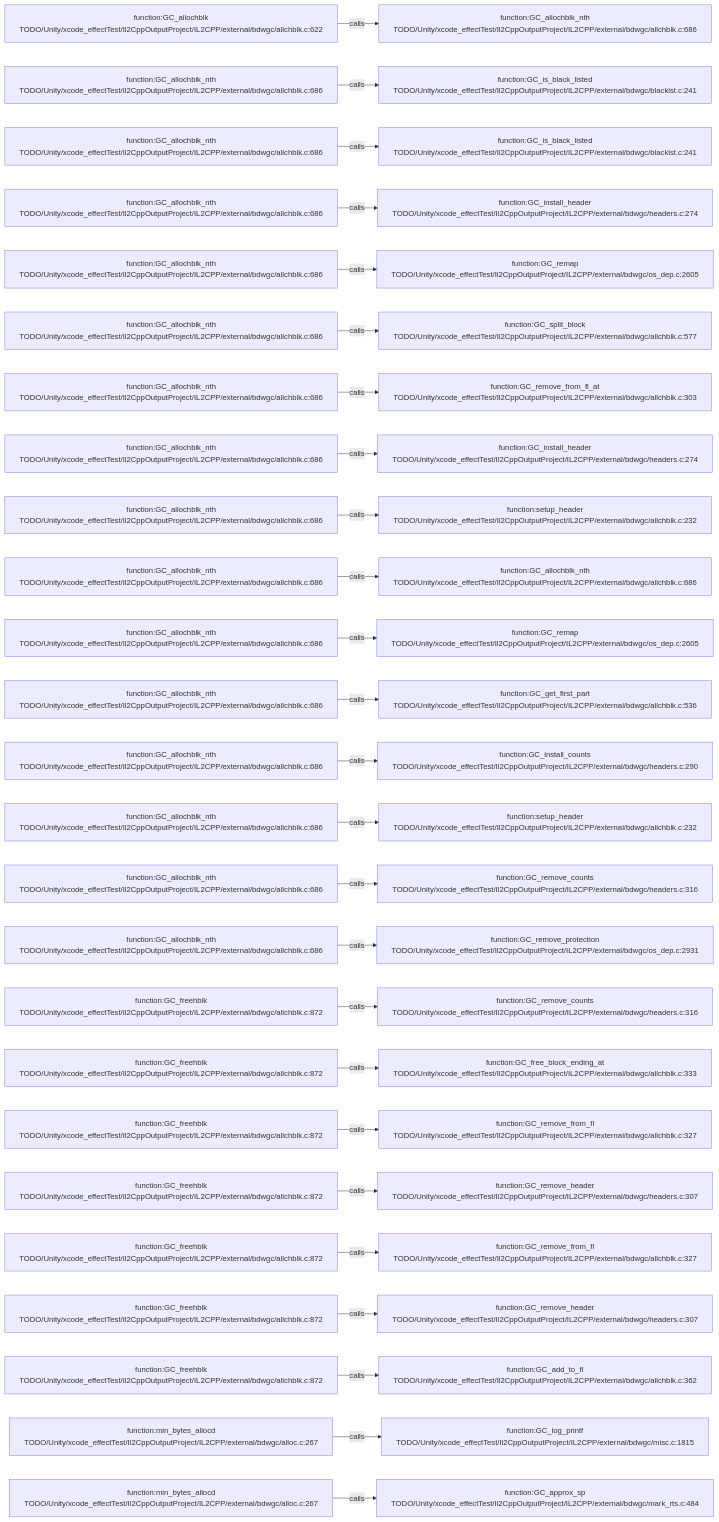
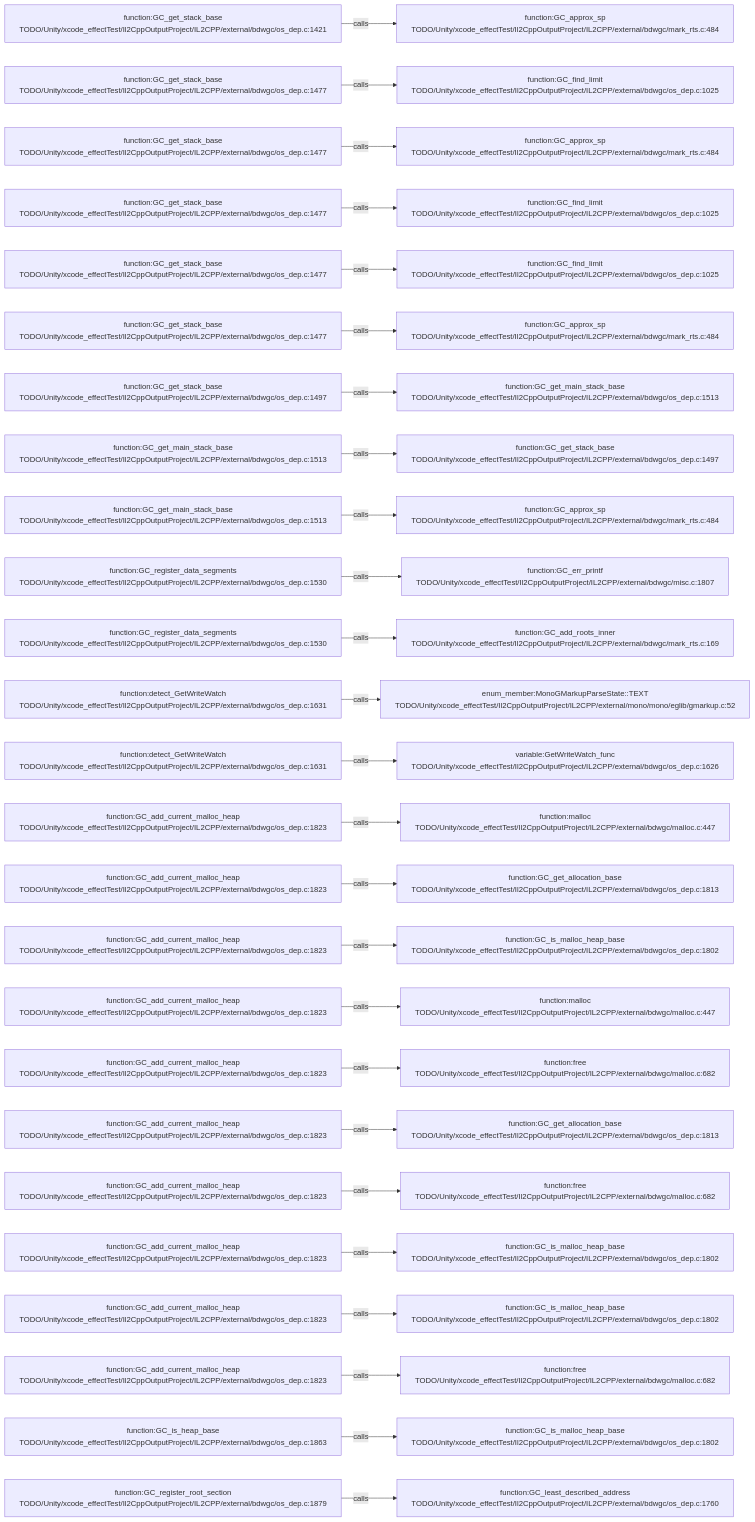
The diagram in .codegraph/codegraph.md/graphs/calls-143.md (JobsKits/JobsSwiftBaseConfigDemo), drawn with Mermaid before and after one commit. The commit also changed 227 other files, not shown here.

````diff
--- a/.codegraph/codegraph.md/graphs/calls-143.md
+++ b/.codegraph/codegraph.md/graphs/calls-143.md
@@ -13,78 +13,78 @@
 ```mermaid
 flowchart LR
-  S1["function:GC_allochblk<br/>TODO/Unity/xcode_effectTest/Il2CppOutputProject/IL2CPP/external/bdwgc/allchblk.c:622"]
-  T1["function:GC_allochblk_nth<br/>TODO/Unity/xcode_effectTest/Il2CppOutputProject/IL2CPP/external/bdwgc/allchblk.c:686"]
+  S1["function:GC_get_stack_base<br/>TODO/Unity/xcode_effectTest/Il2CppOutputProject/IL2CPP/external/bdwgc/os_dep.c:1421"]
+  T1["function:GC_approx_sp<br/>TODO/Unity/xcode_effectTest/Il2CppOutputProject/IL2CPP/external/bdwgc/mark_rts.c:484"]
   S1 -->|calls| T1
-  S2["function:GC_allochblk_nth<br/>TODO/Unity/xcode_effectTest/Il2CppOutputProject/IL2CPP/external/bdwgc/allchblk.c:686"]
-  T2["function:GC_is_black_listed<br/>TODO/Unity/xcode_effectTest/Il2CppOutputProject/IL2CPP/external/bdwgc/blacklst.c:241"]
+  S2["function:GC_get_stack_base<br/>TODO/Unity/xcode_effectTest/Il2CppOutputProject/IL2CPP/external/bdwgc/os_dep.c:1477"]
+  T2["function:GC_find_limit<br/>TODO/Unity/xcode_effectTest/Il2CppOutputProject/IL2CPP/external/bdwgc/os_dep.c:1025"]
   S2 -->|calls| T2
-  S3["function:GC_allochblk_nth<br/>TODO/Unity/xcode_effectTest/Il2CppOutputProject/IL2CPP/external/bdwgc/allchblk.c:686"]
-  T3["function:GC_is_black_listed<br/>TODO/Unity/xcode_effectTest/Il2CppOutputProject/IL2CPP/external/bdwgc/blacklst.c:241"]
+  S3["function:GC_get_stack_base<br/>TODO/Unity/xcode_effectTest/Il2CppOutputProject/IL2CPP/external/bdwgc/os_dep.c:1477"]
+  T3["function:GC_approx_sp<br/>TODO/Unity/xcode_effectTest/Il2CppOutputProject/IL2CPP/external/bdwgc/mark_rts.c:484"]
   S3 -->|calls| T3
-  S4["function:GC_allochblk_nth<br/>TODO/Unity/xcode_effectTest/Il2CppOutputProject/IL2CPP/external/bdwgc/allchblk.c:686"]
-  T4["function:GC_install_header<br/>TODO/Unity/xcode_effectTest/Il2CppOutputProject/IL2CPP/external/bdwgc/headers.c:274"]
+  S4["function:GC_get_stack_base<br/>TODO/Unity/xcode_effectTest/Il2CppOutputProject/IL2CPP/external/bdwgc/os_dep.c:1477"]
+  T4["function:GC_find_limit<br/>TODO/Unity/xcode_effectTest/Il2CppOutputProject/IL2CPP/external/bdwgc/os_dep.c:1025"]
   S4 -->|calls| T4
-  S5["function:GC_allochblk_nth<br/>TODO/Unity/xcode_effectTest/Il2CppOutputProject/IL2CPP/external/bdwgc/allchblk.c:686"]
-  T5["function:GC_remap<br/>TODO/Unity/xcode_effectTest/Il2CppOutputProject/IL2CPP/external/bdwgc/os_dep.c:2605"]
+  S5["function:GC_get_stack_base<br/>TODO/Unity/xcode_effectTest/Il2CppOutputProject/IL2CPP/external/bdwgc/os_dep.c:1477"]
+  T5["function:GC_find_limit<br/>TODO/Unity/xcode_effectTest/Il2CppOutputProject/IL2CPP/external/bdwgc/os_dep.c:1025"]
   S5 -->|calls| T5
-  S6["function:GC_allochblk_nth<br/>TODO/Unity/xcode_effectTest/Il2CppOutputProject/IL2CPP/external/bdwgc/allchblk.c:686"]
-  T6["function:GC_split_block<br/>TODO/Unity/xcode_effectTest/Il2CppOutputProject/IL2CPP/external/bdwgc/allchblk.c:577"]
+  S6["function:GC_get_stack_base<br/>TODO/Unity/xcode_effectTest/Il2CppOutputProject/IL2CPP/external/bdwgc/os_dep.c:1477"]
+  T6["function:GC_approx_sp<br/>TODO/Unity/xcode_effectTest/Il2CppOutputProject/IL2CPP/external/bdwgc/mark_rts.c:484"]
   S6 -->|calls| T6
-  S7["function:GC_allochblk_nth<br/>TODO/Unity/xcode_effectTest/Il2CppOutputProject/IL2CPP/external/bdwgc/allchblk.c:686"]
-  T7["function:GC_remove_from_fl_at<br/>TODO/Unity/xcode_effectTest/Il2CppOutputProject/IL2CPP/external/bdwgc/allchblk.c:303"]
+  S7["function:GC_get_stack_base<br/>TODO/Unity/xcode_effectTest/Il2CppOutputProject/IL2CPP/external/bdwgc/os_dep.c:1497"]
+  T7["function:GC_get_main_stack_base<br/>TODO/Unity/xcode_effectTest/Il2CppOutputProject/IL2CPP/external/bdwgc/os_dep.c:1513"]
   S7 -->|calls| T7
-  S8["function:GC_allochblk_nth<br/>TODO/Unity/xcode_effectTest/Il2CppOutputProject/IL2CPP/external/bdwgc/allchblk.c:686"]
-  T8["function:GC_install_header<br/>TODO/Unity/xcode_effectTest/Il2CppOutputProject/IL2CPP/external/bdwgc/headers.c:274"]
+  S8["function:GC_get_main_stack_base<br/>TODO/Unity/xcode_effectTest/Il2CppOutputProject/IL2CPP/external/bdwgc/os_dep.c:1513"]
+  T8["function:GC_get_stack_base<br/>TODO/Unity/xcode_effectTest/Il2CppOutputProject/IL2CPP/external/bdwgc/os_dep.c:1497"]
   S8 -->|calls| T8
-  S9["function:GC_allochblk_nth<br/>TODO/Unity/xcode_effectTest/Il2CppOutputProject/IL2CPP/external/bdwgc/allchblk.c:686"]
-  T9["function:setup_header<br/>TODO/Unity/xcode_effectTest/Il2CppOutputProject/IL2CPP/external/bdwgc/allchblk.c:232"]
+  S9["function:GC_get_main_stack_base<br/>TODO/Unity/xcode_effectTest/Il2CppOutputProject/IL2CPP/external/bdwgc/os_dep.c:1513"]
+  T9["function:GC_approx_sp<br/>TODO/Unity/xcode_effectTest/Il2CppOutputProject/IL2CPP/external/bdwgc/mark_rts.c:484"]
   S9 -->|calls| T9
-  S10["function:GC_allochblk_nth<br/>TODO/Unity/xcode_effectTest/Il2CppOutputProject/IL2CPP/external/bdwgc/allchblk.c:686"]
-  T10["function:GC_allochblk_nth<br/>TODO/Unity/xcode_effectTest/Il2CppOutputProject/IL2CPP/external/bdwgc/allchblk.c:686"]
+  S10["function:GC_register_data_segments<br/>TODO/Unity/xcode_effectTest/Il2CppOutputProject/IL2CPP/external/bdwgc/os_dep.c:1530"]
+  T10["function:GC_err_printf<br/>TODO/Unity/xcode_effectTest/Il2CppOutputProject/IL2CPP/external/bdwgc/misc.c:1807"]
   S10 -->|calls| T10
-  S11["function:GC_allochblk_nth<br/>TODO/Unity/xcode_effectTest/Il2CppOutputProject/IL2CPP/external/bdwgc/allchblk.c:686"]
-  T11["function:GC_remap<br/>TODO/Unity/xcode_effectTest/Il2CppOutputProject/IL2CPP/external/bdwgc/os_dep.c:2605"]
+  S11["function:GC_register_data_segments<br/>TODO/Unity/xcode_effectTest/Il2CppOutputProject/IL2CPP/external/bdwgc/os_dep.c:1530"]
+  T11["function:GC_add_roots_inner<br/>TODO/Unity/xcode_effectTest/Il2CppOutputProject/IL2CPP/external/bdwgc/mark_rts.c:169"]
   S11 -->|calls| T11
-  S12["function:GC_allochblk_nth<br/>TODO/Unity/xcode_effectTest/Il2CppOutputProject/IL2CPP/external/bdwgc/allchblk.c:686"]
-  T12["function:GC_get_first_part<br/>TODO/Unity/xcode_effectTest/Il2CppOutputProject/IL2CPP/external/bdwgc/allchblk.c:536"]
+  S12["function:detect_GetWriteWatch<br/>TODO/Unity/xcode_effectTest/Il2CppOutputProject/IL2CPP/external/bdwgc/os_dep.c:1631"]
+  T12["enum_member:MonoGMarkupParseState::TEXT<br/>TODO/Unity/xcode_effectTest/Il2CppOutputProject/IL2CPP/external/mono/mono/eglib/gmarkup.c:52"]
   S12 -->|calls| T12
-  S13["function:GC_allochblk_nth<br/>TODO/Unity/xcode_effectTest/Il2CppOutputProject/IL2CPP/external/bdwgc/allchblk.c:686"]
-  T13["function:GC_install_counts<br/>TODO/Unity/xcode_effectTest/Il2CppOutputProject/IL2CPP/external/bdwgc/headers.c:290"]
+  S13["function:detect_GetWriteWatch<br/>TODO/Unity/xcode_effectTest/Il2CppOutputProject/IL2CPP/external/bdwgc/os_dep.c:1631"]
+  T13["variable:GetWriteWatch_func<br/>TODO/Unity/xcode_effectTest/Il2CppOutputProject/IL2CPP/external/bdwgc/os_dep.c:1626"]
   S13 -->|calls| T13
-  S14["function:GC_allochblk_nth<br/>TODO/Unity/xcode_effectTest/Il2CppOutputProject/IL2CPP/external/bdwgc/allchblk.c:686"]
-  T14["function:setup_header<br/>TODO/Unity/xcode_effectTest/Il2CppOutputProject/IL2CPP/external/bdwgc/allchblk.c:232"]
+  S14["function:GC_add_current_malloc_heap<br/>TODO/Unity/xcode_effectTest/Il2CppOutputProject/IL2CPP/external/bdwgc/os_dep.c:1823"]
+  T14["function:malloc<br/>TODO/Unity/xcode_effectTest/Il2CppOutputProject/IL2CPP/external/bdwgc/malloc.c:447"]
   S14 -->|calls| T14
-  S15["function:GC_allochblk_nth<br/>TODO/Unity/xcode_effectTest/Il2CppOutputProject/IL2CPP/external/bdwgc/allchblk.c:686"]
-  T15["function:GC_remove_counts<br/>TODO/Unity/xcode_effectTest/Il2CppOutputProject/IL2CPP/external/bdwgc/headers.c:316"]
+  S15["function:GC_add_current_malloc_heap<br/>TODO/Unity/xcode_effectTest/Il2CppOutputProject/IL2CPP/external/bdwgc/os_dep.c:1823"]
+  T15["function:GC_get_allocation_base<br/>TODO/Unity/xcode_effectTest/Il2CppOutputProject/IL2CPP/external/bdwgc/os_dep.c:1813"]
   S15 -->|calls| T15
-  S16["function:GC_allochblk_nth<br/>TODO/Unity/xcode_effectTest/Il2CppOutputProject/IL2CPP/external/bdwgc/allchblk.c:686"]
-  T16["function:GC_remove_protection<br/>TODO/Unity/xcode_effectTest/Il2CppOutputProject/IL2CPP/external/bdwgc/os_dep.c:2931"]
+  S16["function:GC_add_current_malloc_heap<br/>TODO/Unity/xcode_effectTest/Il2CppOutputProject/IL2CPP/external/bdwgc/os_dep.c:1823"]
+  T16["function:GC_is_malloc_heap_base<br/>TODO/Unity/xcode_effectTest/Il2CppOutputProject/IL2CPP/external/bdwgc/os_dep.c:1802"]
   S16 -->|calls| T16
-  S17["function:GC_freehblk<br/>TODO/Unity/xcode_effectTest/Il2CppOutputProject/IL2CPP/external/bdwgc/allchblk.c:872"]
-  T17["function:GC_remove_counts<br/>TODO/Unity/xcode_effectTest/Il2CppOutputProject/IL2CPP/external/bdwgc/headers.c:316"]
+  S17["function:GC_add_current_malloc_heap<br/>TODO/Unity/xcode_effectTest/Il2CppOutputProject/IL2CPP/external/bdwgc/os_dep.c:1823"]
+  T17["function:malloc<br/>TODO/Unity/xcode_effectTest/Il2CppOutputProject/IL2CPP/external/bdwgc/malloc.c:447"]
   S17 -->|calls| T17
-  S18["function:GC_freehblk<br/>TODO/Unity/xcode_effectTest/Il2CppOutputProject/IL2CPP/external/bdwgc/allchblk.c:872"]
-  T18["function:GC_free_block_ending_at<br/>TODO/Unity/xcode_effectTest/Il2CppOutputProject/IL2CPP/external/bdwgc/allchblk.c:333"]
+  S18["function:GC_add_current_malloc_heap<br/>TODO/Unity/xcode_effectTest/Il2CppOutputProject/IL2CPP/external/bdwgc/os_dep.c:1823"]
+  T18["function:free<br/>TODO/Unity/xcode_effectTest/Il2CppOutputProject/IL2CPP/external/bdwgc/malloc.c:682"]
   S18 -->|calls| T18
-  S19["function:GC_freehblk<br/>TODO/Unity/xcode_effectTest/Il2CppOutputProject/IL2CPP/external/bdwgc/allchblk.c:872"]
-  T19["function:GC_remove_from_fl<br/>TODO/Unity/xcode_effectTest/Il2CppOutputProject/IL2CPP/external/bdwgc/allchblk.c:327"]
+  S19["function:GC_add_current_malloc_heap<br/>TODO/Unity/xcode_effectTest/Il2CppOutputProject/IL2CPP/external/bdwgc/os_dep.c:1823"]
+  T19["function:GC_get_allocation_base<br/>TODO/Unity/xcode_effectTest/Il2CppOutputProject/IL2CPP/external/bdwgc/os_dep.c:1813"]
   S19 -->|calls| T19
-  S20["function:GC_freehblk<br/>TODO/Unity/xcode_effectTest/Il2CppOutputProject/IL2CPP/external/bdwgc/allchblk.c:872"]
-  T20["function:GC_remove_header<br/>TODO/Unity/xcode_effectTest/Il2CppOutputProject/IL2CPP/external/bdwgc/headers.c:307"]
+  S20["function:GC_add_current_malloc_heap<br/>TODO/Unity/xcode_effectTest/Il2CppOutputProject/IL2CPP/external/bdwgc/os_dep.c:1823"]
+  T20["function:free<br/>TODO/Unity/xcode_effectTest/Il2CppOutputProject/IL2CPP/external/bdwgc/malloc.c:682"]
   S20 -->|calls| T20
-  S21["function:GC_freehblk<br/>TODO/Unity/xcode_effectTest/Il2CppOutputProject/IL2CPP/external/bdwgc/allchblk.c:872"]
-  T21["function:GC_remove_from_fl<br/>TODO/Unity/xcode_effectTest/Il2CppOutputProject/IL2CPP/external/bdwgc/allchblk.c:327"]
+  S21["function:GC_add_current_malloc_heap<br/>TODO/Unity/xcode_effectTest/Il2CppOutputProject/IL2CPP/external/bdwgc/os_dep.c:1823"]
+  T21["function:GC_is_malloc_heap_base<br/>TODO/Unity/xcode_effectTest/Il2CppOutputProject/IL2CPP/external/bdwgc/os_dep.c:1802"]
   S21 -->|calls| T21
-  S22["function:GC_freehblk<br/>TODO/Unity/xcode_effectTest/Il2CppOutputProject/IL2CPP/external/bdwgc/allchblk.c:872"]
-  T22["function:GC_remove_header<br/>TODO/Unity/xcode_effectTest/Il2CppOutputProject/IL2CPP/external/bdwgc/headers.c:307"]
+  S22["function:GC_add_current_malloc_heap<br/>TODO/Unity/xcode_effectTest/Il2CppOutputProject/IL2CPP/external/bdwgc/os_dep.c:1823"]
+  T22["function:GC_is_malloc_heap_base<br/>TODO/Unity/xcode_effectTest/Il2CppOutputProject/IL2CPP/external/bdwgc/os_dep.c:1802"]
   S22 -->|calls| T22
-  S23["function:GC_freehblk<br/>TODO/Unity/xcode_effectTest/Il2CppOutputProject/IL2CPP/external/bdwgc/allchblk.c:872"]
-  T23["function:GC_add_to_fl<br/>TODO/Unity/xcode_effectTest/Il2CppOutputProject/IL2CPP/external/bdwgc/allchblk.c:362"]
+  S23["function:GC_add_current_malloc_heap<br/>TODO/Unity/xcode_effectTest/Il2CppOutputProject/IL2CPP/external/bdwgc/os_dep.c:1823"]
+  T23["function:free<br/>TODO/Unity/xcode_effectTest/Il2CppOutputProject/IL2CPP/external/bdwgc/malloc.c:682"]
   S23 -->|calls| T23
-  S24["function:min_bytes_allocd<br/>TODO/Unity/xcode_effectTest/Il2CppOutputProject/IL2CPP/external/bdwgc/alloc.c:267"]
-  T24["function:GC_log_printf<br/>TODO/Unity/xcode_effectTest/Il2CppOutputProject/IL2CPP/external/bdwgc/misc.c:1815"]
+  S24["function:GC_is_heap_base<br/>TODO/Unity/xcode_effectTest/Il2CppOutputProject/IL2CPP/external/bdwgc/os_dep.c:1863"]
+  T24["function:GC_is_malloc_heap_base<br/>TODO/Unity/xcode_effectTest/Il2CppOutputProject/IL2CPP/external/bdwgc/os_dep.c:1802"]
   S24 -->|calls| T24
-  S25["function:min_bytes_allocd<br/>TODO/Unity/xcode_effectTest/Il2CppOutputProject/IL2CPP/external/bdwgc/alloc.c:267"]
-  T25["function:GC_approx_sp<br/>TODO/Unity/xcode_effectTest/Il2CppOutputProject/IL2CPP/external/bdwgc/mark_rts.c:484"]
+  S25["function:GC_register_root_section<br/>TODO/Unity/xcode_effectTest/Il2CppOutputProject/IL2CPP/external/bdwgc/os_dep.c:1879"]
+  T25["function:GC_least_described_address<br/>TODO/Unity/xcode_effectTest/Il2CppOutputProject/IL2CPP/external/bdwgc/os_dep.c:1760"]
   S25 -->|calls| T25
 ```
````
